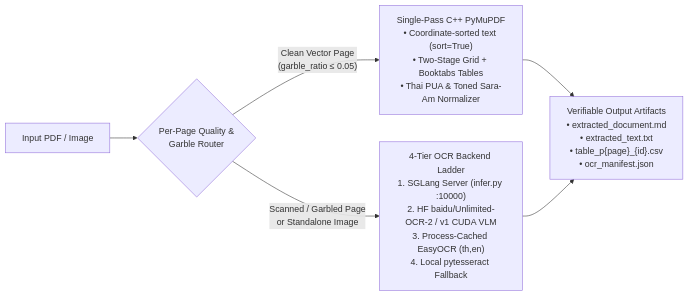
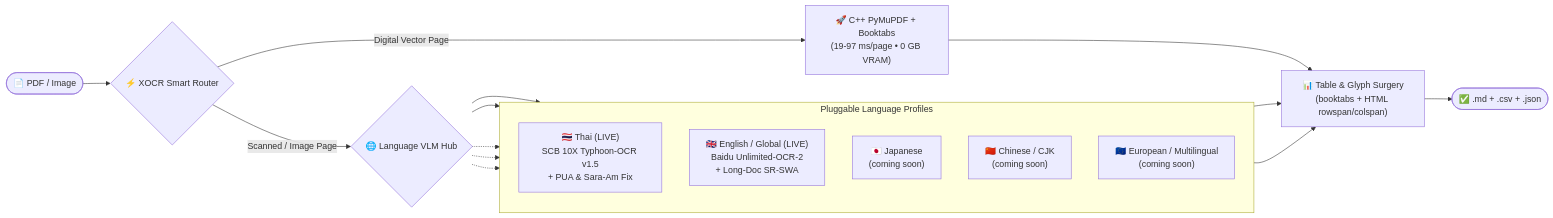
The diagram in skills/xocr/SKILL.md (iscvlab/boostx), drawn with Mermaid before and after one commit. The commit also changed other lines of this file and 11 other files, not shown here.

Commit message:
docs(xocr): sync xocr v2.1.0 pluggable language VLM diagram, HTML table auto-flush fixes & academic Mermaid/booktabs tables

````diff
--- a/skills/xocr/SKILL.md
+++ b/skills/xocr/SKILL.md
@@ -17,8 +17,23 @@
 ```mermaid
 flowchart LR
-    In["Input PDF / Image"] --> Route{"Per-Page Quality &<br>Garble Router"}
-    Route -->|"Clean Vector Page<br>(garble_ratio ≤ 0.05)"| Fast["Single-Pass C++ PyMuPDF<br>• Coordinate-sorted text (sort=True)<br>• Two-Stage Grid + Booktabs Tables<br>• Thai PUA & Toned Sara-Am Normalizer"]
-    Route -->|"Scanned / Garbled Page<br>or Standalone Image"| Ladder["4-Tier OCR Backend Ladder<br>1. SGLang Server (infer.py :10000)<br>2. HF baidu/Unlimited-OCR-2 / v1 CUDA VLM<br>3. Process-Cached EasyOCR (th,en)<br>4. Local pytesseract Fallback"]
-    Fast --> Out["Verifiable Output Artifacts<br>• extracted_document.md<br>• extracted_text.txt<br>• table_p{page}_{id}.csv<br>• ocr_manifest.json"]
-    Ladder --> Out
+    In(["📄 PDF / Image"]) --> Router{"⚡ XOCR Smart Router"}
+
+    Router -->|"Digital Vector Page"| Fast["🚀 C++ PyMuPDF + Booktabs<br/>(19-97 ms/page • 0 GB VRAM)"]
+    Router -->|"Scanned / Image Page"| Hub{"🌐 Language VLM Hub"}
+
+    subgraph Packs["Pluggable Language Profiles"]
+        direction TB
+        TH["🇹🇭 Thai (LIVE)<br/>SCB 10X Typhoon-OCR v1.5<br/>+ PUA & Sara-Am Fix"]
+        EN["🇬🇧 English / Global (LIVE)<br/>Baidu Unlimited-OCR-2<br/>+ Long-Doc SR-SWA"]
+        JP["🇯🇵 Japanese<br/>(coming soon)"]
+        ZH["🇨🇳 Chinese / CJK<br/>(coming soon)"]
+        EU["🇪🇺 European / Multilingual<br/>(coming soon)"]
+    end
+
+    Hub --> TH & EN
+    Hub -.-> JP & ZH & EU
+
+    Fast --> Surgery["📊 Table & Glyph Surgery<br/>(booktabs + HTML rowspan/colspan)"]
+    TH & EN --> Surgery
+    Surgery --> Out(["✅ .md + .csv + .json"])
 ```
````
